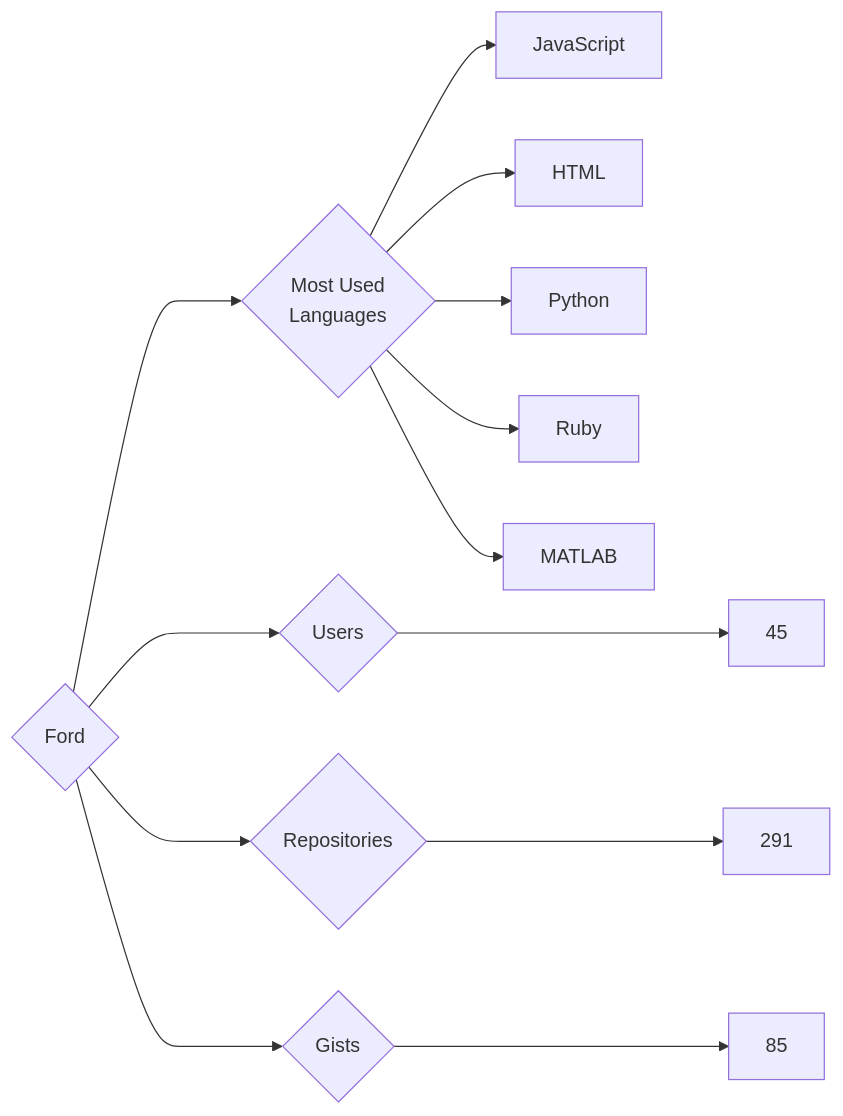
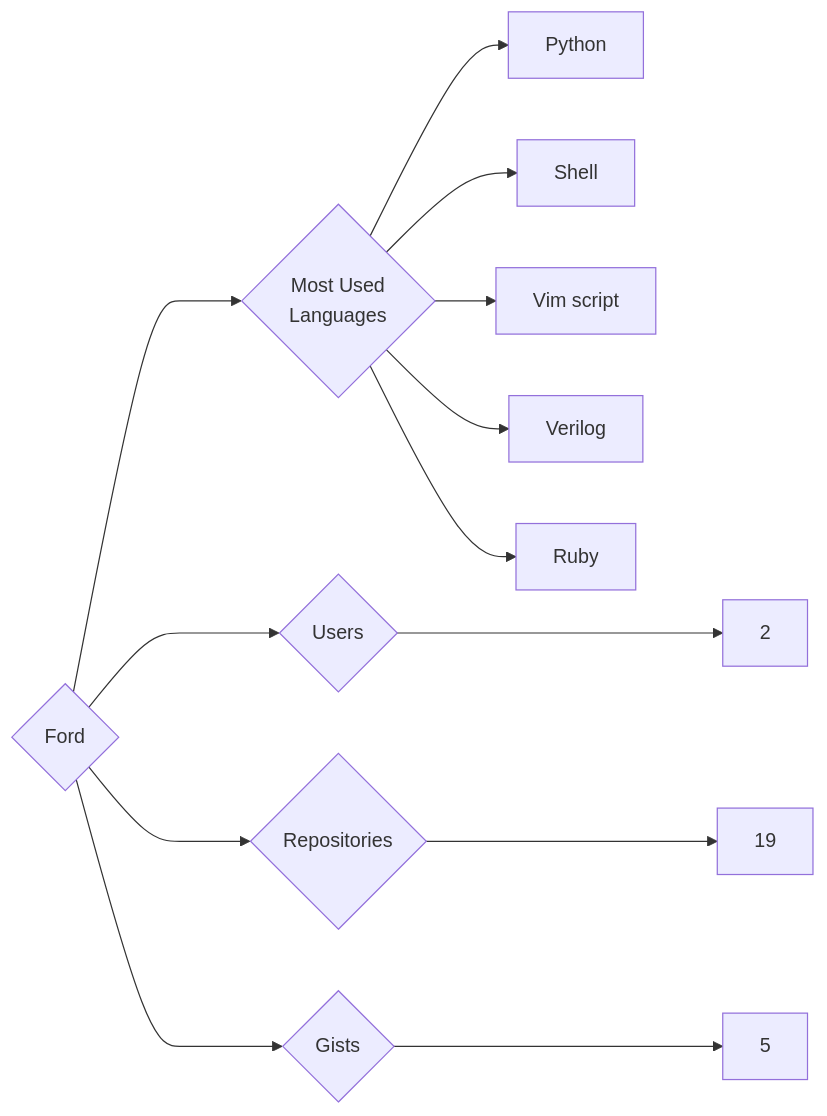
The diagram in targets/Ford/README.md (trickest/insiders), drawn with Mermaid before and after one commit. The commit also changed 826 other files, not shown here.

````diff
--- a/targets/Ford/README.md
+++ b/targets/Ford/README.md
@@ -3,13 +3,13 @@
 ```mermaid
 graph LR
 COMPANY_NAME{Ford}
-COMPANY_NAME ---> U{Users} ---> UN[45]
-COMPANY_NAME ---> R{Repositories} ---> RN[291]
-COMPANY_NAME ---> G{Gists} ---> GN[85]
+COMPANY_NAME ---> U{Users} ---> UN[2]
+COMPANY_NAME ---> R{Repositories} ---> RN[19]
+COMPANY_NAME ---> G{Gists} ---> GN[5]
 COMPANY_NAME ---> ML{Most Used<br>Languages}
-ML --> JavaScript[JavaScript]
-ML --> HTML[HTML]
 ML --> Python[Python]
+ML --> Shell[Shell]
+ML --> Vim_script[Vim script]
+ML --> Verilog[Verilog]
 ML --> Ruby[Ruby]
-ML --> MATLAB[MATLAB]
 ```
````
